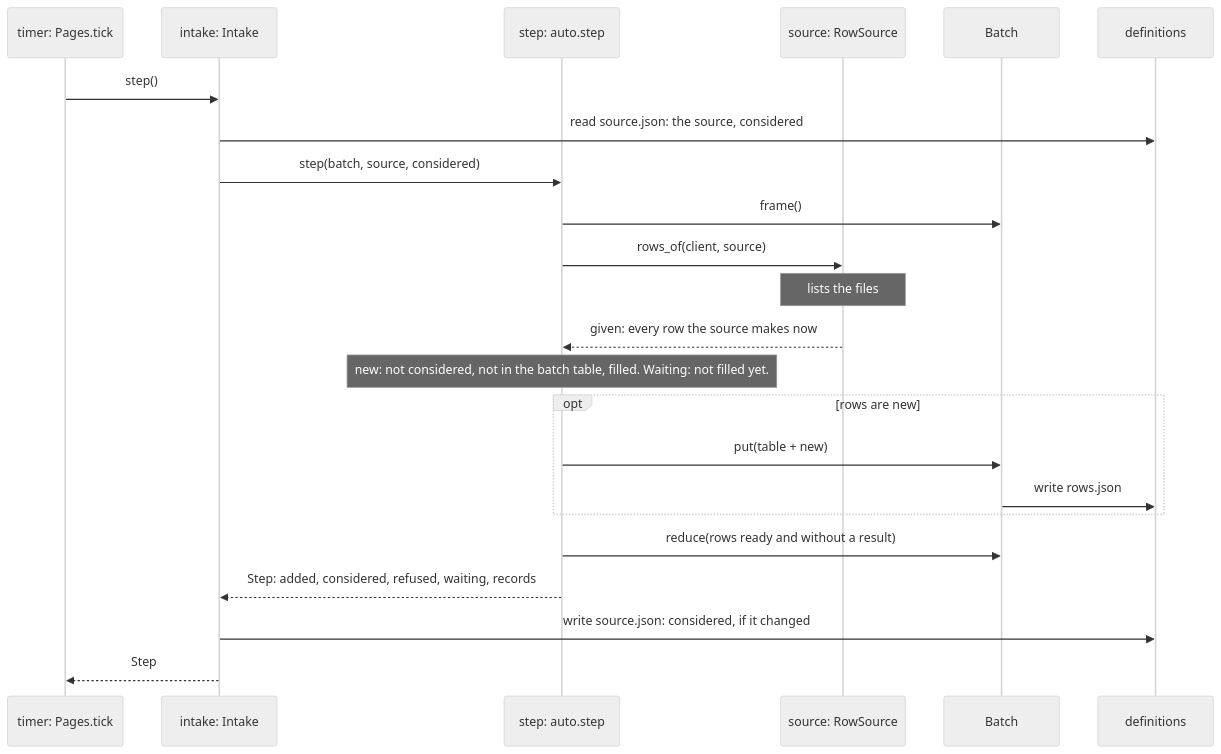
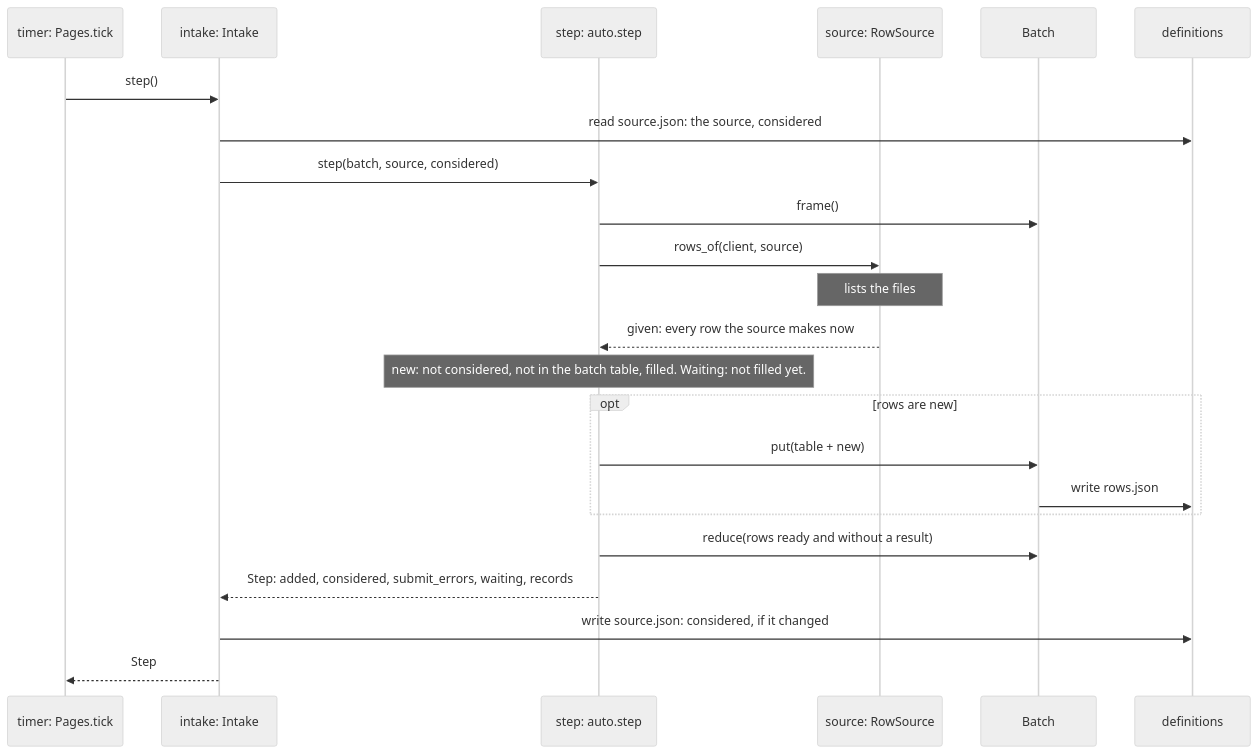
Before and after one commit to scipp/essapps: the fifth of 5 diagrams in packages/essbatch/docs/batch.md, drawn with Mermaid (neutral theme). The commit also changed other lines of this file and 14 other files, not shown here.

First line of the commit message:
Rename Step.refused, State.refused and Page._refusals to submit_errors

````diff
--- a/packages/essbatch/docs/batch.md
+++ b/packages/essbatch/docs/batch.md
@@ -582,25 +582,25 @@
 ```mermaid
 sequenceDiagram
     participant timer as timer: Pages.tick
     participant intake as intake: Intake
     participant step as step: auto.step
     participant source as source: RowSource
     participant batch as Batch
     participant definitions
     timer->>intake: step()
     intake->>definitions: read source.json: the source, considered
     intake->>step: step(batch, source, considered)
     step->>batch: frame()
     step->>source: rows_of(client, source)
     Note over source: lists the files
     source-->>step: given: every row the source makes now
     Note over step: new: not considered, not in the batch table, filled. Waiting: not filled yet.
     opt rows are new
         step->>batch: put(table + new)
         batch->>definitions: write rows.json
     end
     step->>batch: reduce(rows ready and without a result)
-    step-->>intake: Step: added, considered, refused, waiting, records
+    step-->>intake: Step: added, considered, submit_errors, waiting, records
     intake->>definitions: write source.json: considered, if it changed
     intake-->>timer: Step
 ```
````
